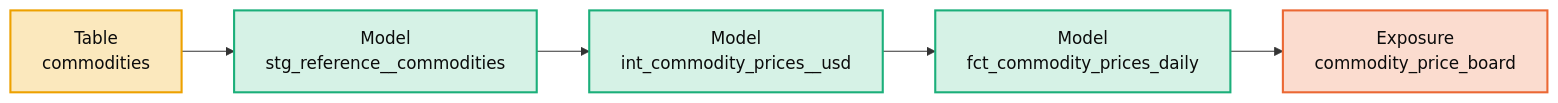
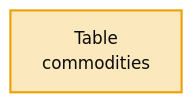
Before and after one commit to Atomz-org/data-platform: the second of 3 diagrams in groups/commodity/projects/commodity-india/kg/architecture.md, drawn with Mermaid. The commit also changed other lines of this file and 8 other files, not shown here.

````diff
--- a/groups/commodity/projects/commodity-india/kg/architecture.md
+++ b/groups/commodity/projects/commodity-india/kg/architecture.md
@@ -54,12 +54,6 @@
 ```mermaid
 flowchart LR
     X0["Table<br/>commodities"]:::raw
-    X1["Model<br/>stg_reference__commodities"]:::model
-    X2["Model<br/>int_commodity_prices__usd"]:::model
-    X3["Model<br/>fct_commodity_prices_daily"]:::model
-    X4["Exposure<br/>commodity_price_board"]:::exposure
-    X0 --> X1 --> X2 --> X3 --> X4
-    classDef exposure fill:#fbdccf,stroke:#eb6834,stroke-width:2px,color:#0b0b0b
-    classDef model fill:#d6f2e6,stroke:#1baf7a,stroke-width:2px,color:#0b0b0b
+    X0
     classDef raw fill:#fbe8bd,stroke:#eda100,stroke-width:2px,color:#0b0b0b
 ```
````
